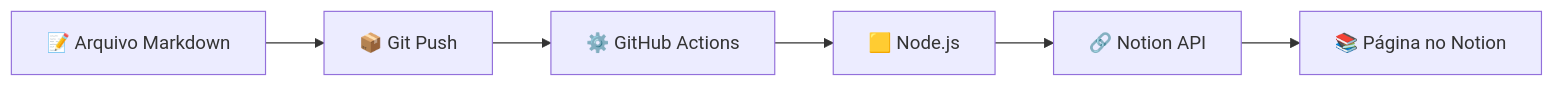
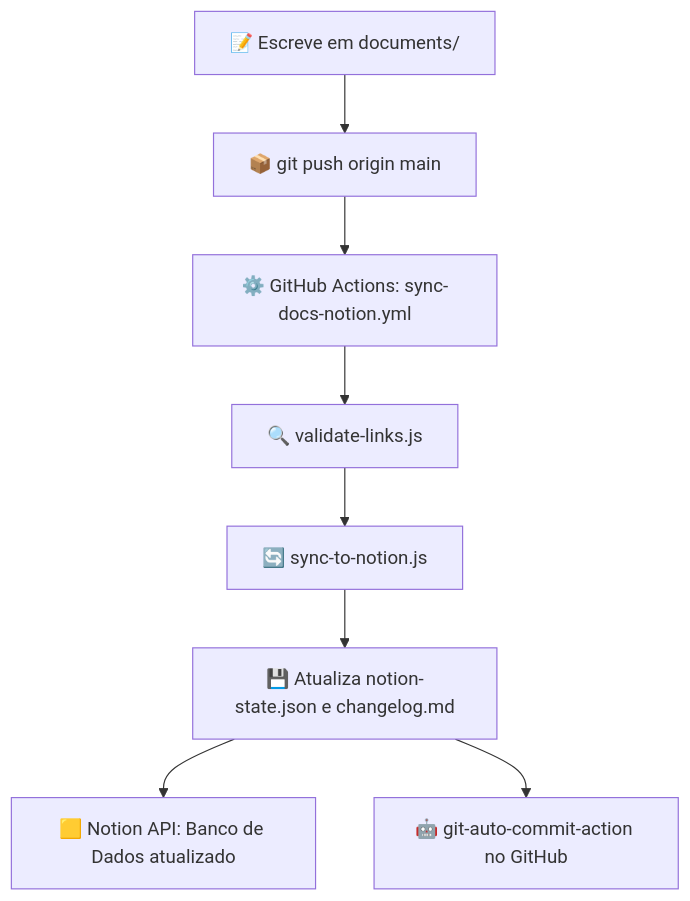
The diagram in README.md (vitorgcecato/docs), drawn with Mermaid before and after one commit. The commit also changed other lines of this file and 11 other files, not shown here.

````diff
--- a/README.md
+++ b/README.md
@@ -71,8 +38,10 @@
 ```mermaid
-flowchart LR
-    A[📝 Arquivo Markdown] --> B[📦 Git Push]
-    B --> C[⚙️ GitHub Actions]
-    C --> D[🟨 Node.js]
-    D --> E[🔗 Notion API]
-    E --> F[📚 Página no Notion]
+flowchart TD
+    A[📝 Escreve em documents/] --> B[📦 git push origin main]
+    B --> C[⚙️ GitHub Actions: sync-docs-notion.yml]
+    C --> D[🔍 validate-links.js]
+    D --> E[🔄 sync-to-notion.js]
+    E --> F[💾 Atualiza notion-state.json e changelog.md]
+    F --> G[🟨 Notion API: Banco de Dados atualizado]
+    F --> H[🤖 git-auto-commit-action no GitHub]
 ```
````
